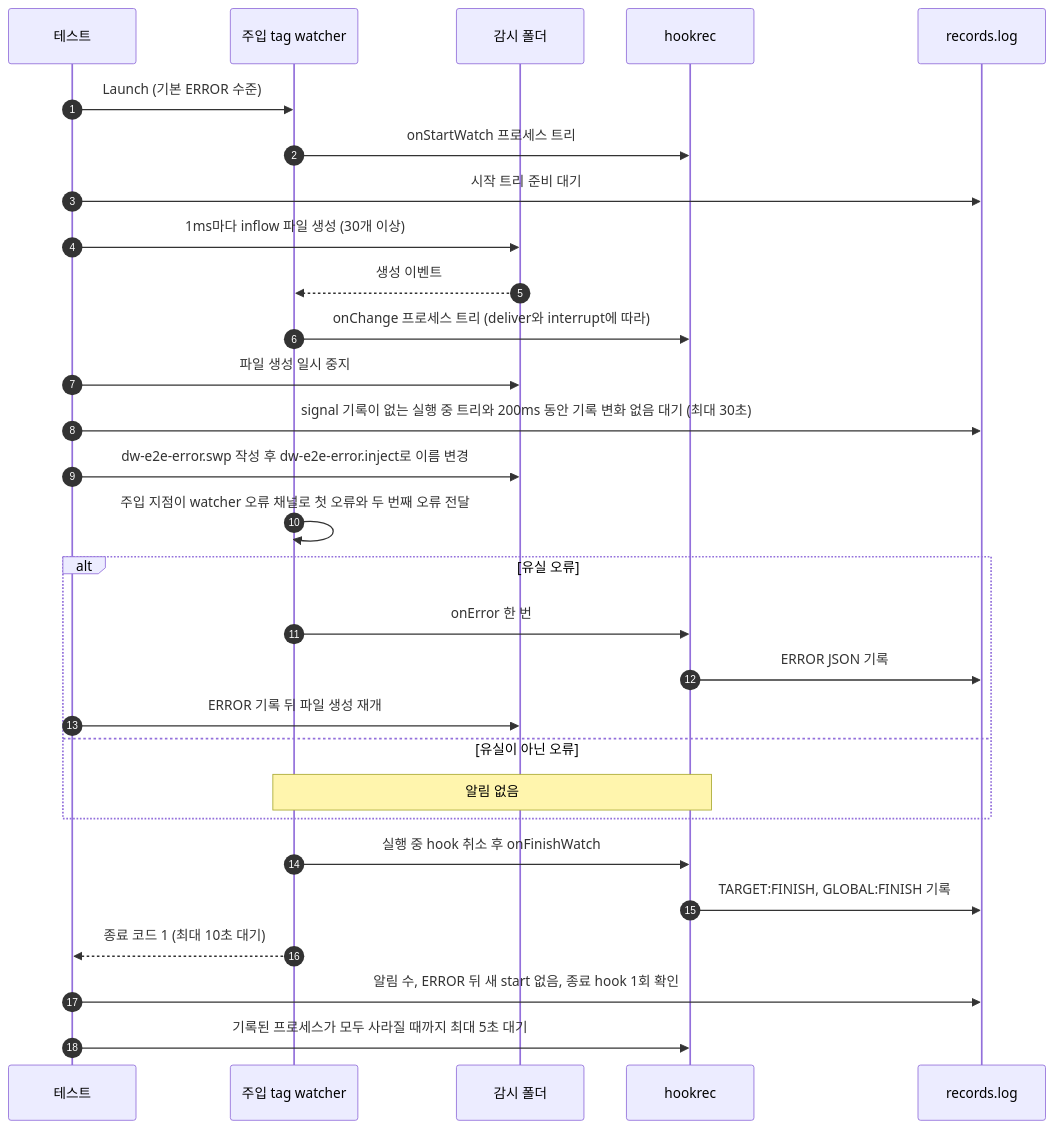
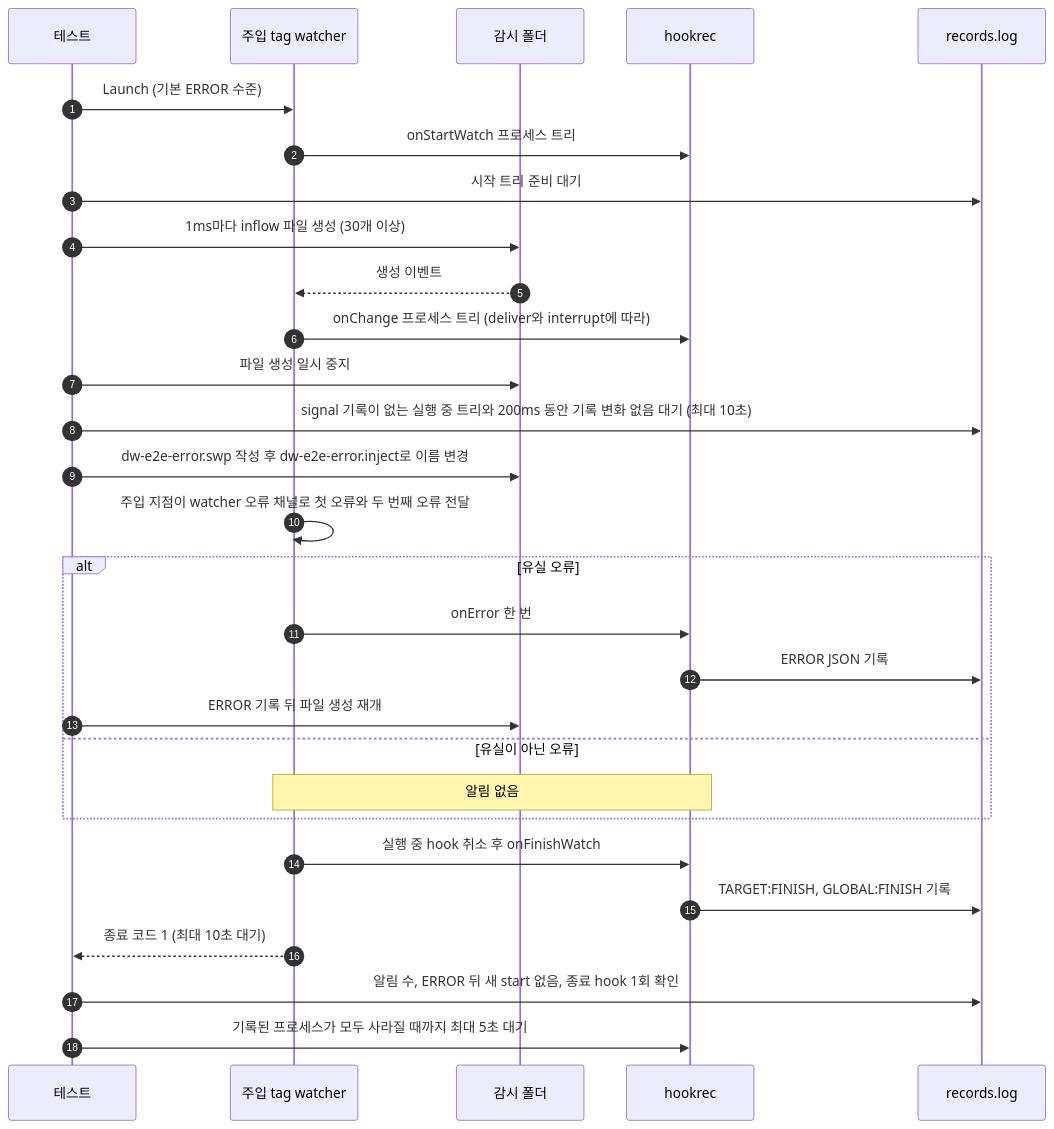
Before and after one commit to seungyeop-lee/directory-watcher: the diagram in e2e/docs/scenarios/injected-loss-notification-cli.ko.md, drawn with Mermaid. The commit also changed other lines of this file and 6 other files, not shown here.

````diff
--- a/e2e/docs/scenarios/injected-loss-notification-cli.ko.md
+++ b/e2e/docs/scenarios/injected-loss-notification-cli.ko.md
@@ -64,31 +63,31 @@
 ```mermaid
 sequenceDiagram
     autonumber
     participant testCode as 테스트
     participant watcherProc as 주입 tag watcher
     participant watchDir as 감시 폴더
     participant hookRec as hookrec
     participant recordFile as records.log
     testCode->>watcherProc: Launch (기본 ERROR 수준)
     watcherProc->>hookRec: onStartWatch 프로세스 트리
     testCode->>recordFile: 시작 트리 준비 대기
     testCode->>watchDir: 1ms마다 inflow 파일 생성 (30개 이상)
     watchDir-->>watcherProc: 생성 이벤트
     watcherProc->>hookRec: onChange 프로세스 트리 (deliver와 interrupt에 따라)
     testCode->>watchDir: 파일 생성 일시 중지
-    testCode->>recordFile: signal 기록이 없는 실행 중 트리와 200ms 동안 기록 변화 없음 대기 (최대 30초)
+    testCode->>recordFile: signal 기록이 없는 실행 중 트리와 200ms 동안 기록 변화 없음 대기 (최대 10초)
     testCode->>watchDir: dw-e2e-error.swp 작성 후 dw-e2e-error.inject로 이름 변경
     watcherProc->>watcherProc: 주입 지점이 watcher 오류 채널로 첫 오류와 두 번째 오류 전달
     alt 유실 오류
         watcherProc->>hookRec: onError 한 번
         hookRec->>recordFile: ERROR JSON 기록
         testCode->>watchDir: ERROR 기록 뒤 파일 생성 재개
     else 유실이 아닌 오류
         Note over watcherProc,hookRec: 알림 없음
     end
     watcherProc->>hookRec: 실행 중 hook 취소 후 onFinishWatch
     hookRec->>recordFile: TARGET:FINISH, GLOBAL:FINISH 기록
     watcherProc-->>testCode: 종료 코드 1 (최대 10초 대기)
     testCode->>recordFile: 알림 수, ERROR 뒤 새 start 없음, 종료 hook 1회 확인
     testCode->>hookRec: 기록된 프로세스가 모두 사라질 때까지 최대 5초 대기
 ```
````
